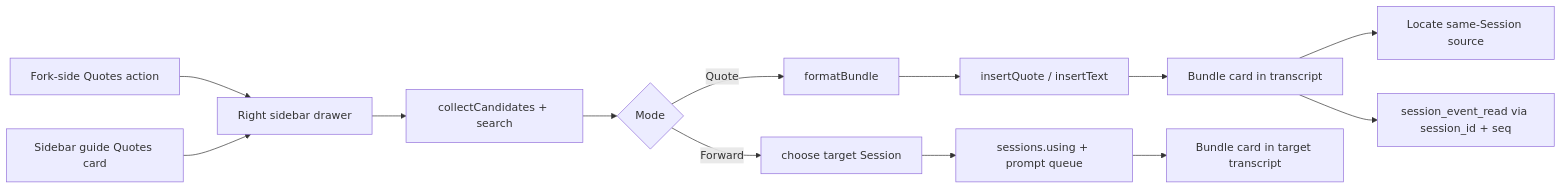
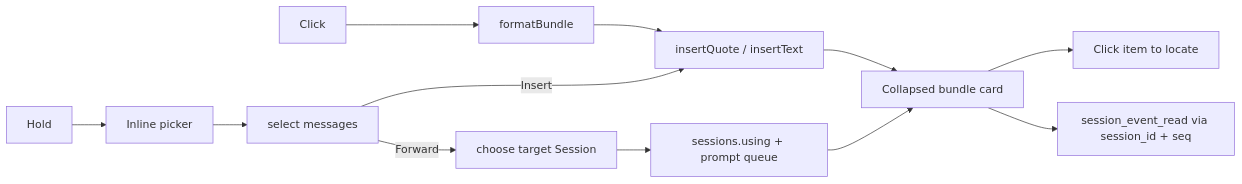
The diagram in README.md (SpellingDragon/dsh-better-quotes), drawn with Mermaid before and after one commit. The commit also changed other lines of this file and 21 other files, not shown here.

First line of the commit message:
feat: make quotes fast, inline, and quiet

````diff
--- a/README.md
+++ b/README.md
@@ -205,15 +109,14 @@
 ```mermaid
 flowchart LR
-  A[Fork-side Quotes action] --> B[Right sidebar drawer]
-  C[Sidebar guide Quotes card] --> B
-  B --> D[collectCandidates + search]
-  D --> E{Mode}
-  E -->|Quote| F[formatBundle]
-  F --> G[insertQuote / insertText]
-  G --> H[Bundle card in transcript]
-  E -->|Forward| I[choose target Session]
-  I --> J[sessions.using + prompt queue]
-  J --> K[Bundle card in target transcript]
-  H --> L[Locate same-Session source]
-  H --> M[session_event_read via session_id + seq]
+  A[Click] --> B[formatBundle]
+  B --> C[insertQuote / insertText]
+  A2[Hold] --> D[Inline picker]
+  D --> E[select messages]
+  E -->|Insert| C
+  E -->|Forward| F[choose target Session]
+  F --> G[sessions.using + prompt queue]
+  C --> H[Collapsed bundle card]
+  G --> H
+  H --> I[Click item to locate]
+  H --> J[session_event_read via session_id + seq]
 ```
````
